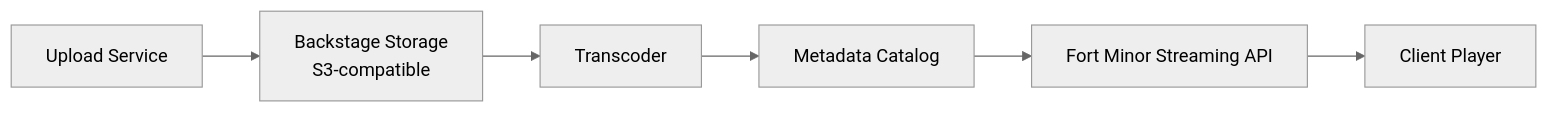
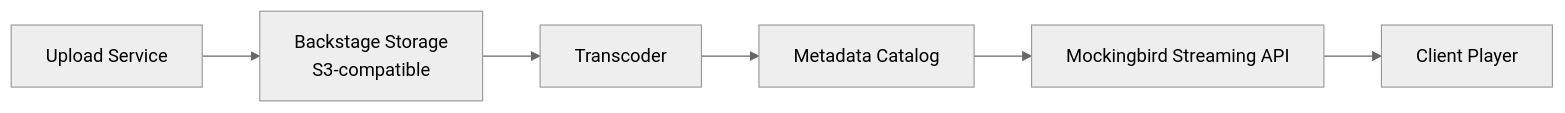
The second of 7 diagrams in README.md (neon-gate/pulse), drawn with Mermaid (neutral theme) before and after one commit. The commit also changed other lines of this file and 265 other files, not shown here.

````diff
--- a/README.md
+++ b/README.md
@@ -155,8 +155,8 @@
 ```mermaid
 flowchart LR
   U[Upload Service] --> S[Backstage Storage\nS3-compatible]
   S --> T[Transcoder]
   T --> M[Metadata Catalog]
-  M --> F[Fort Minor Streaming API]
+  M --> F[Mockingbird Streaming API]
   F --> C[Client Player]
 ```
````
